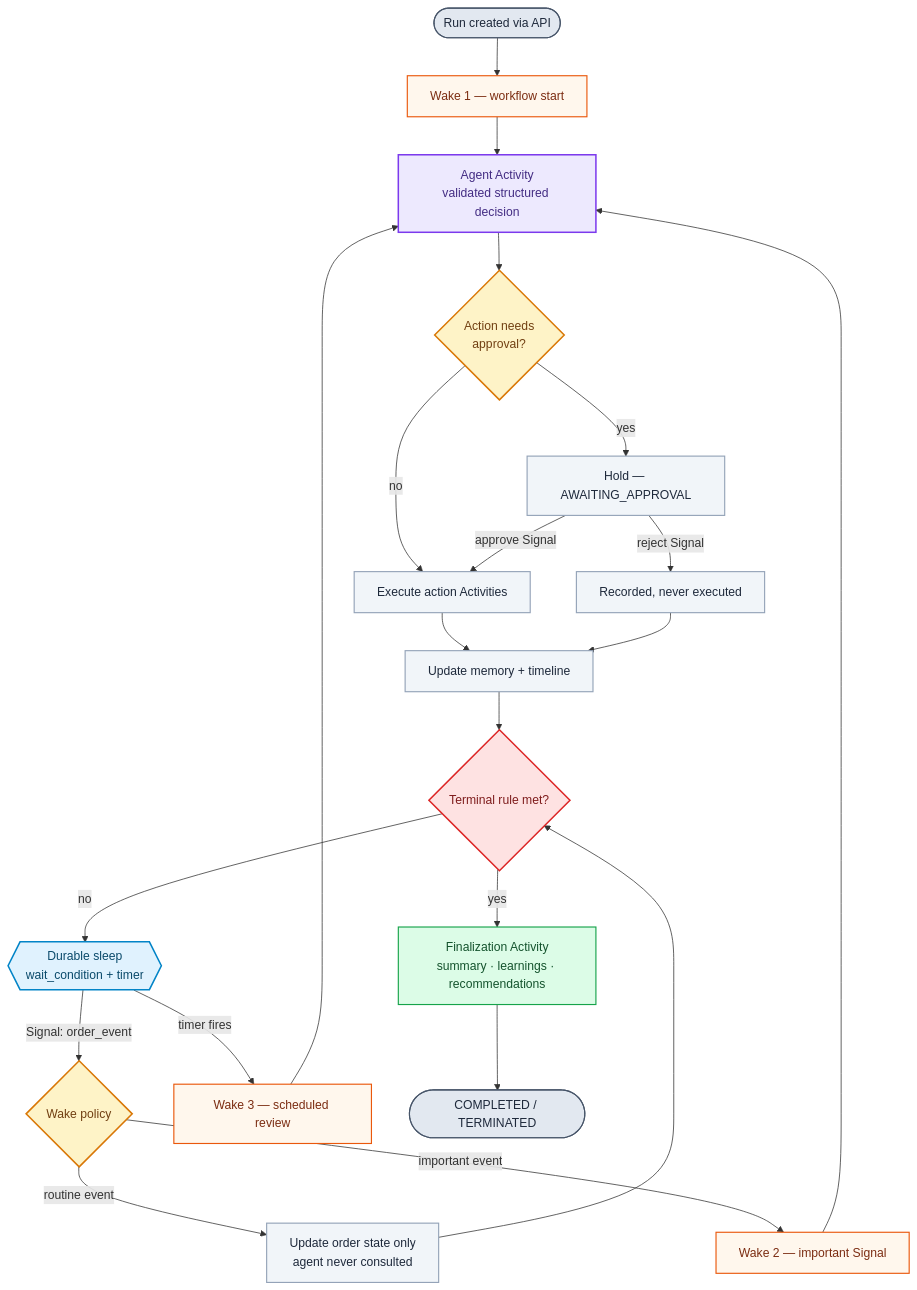
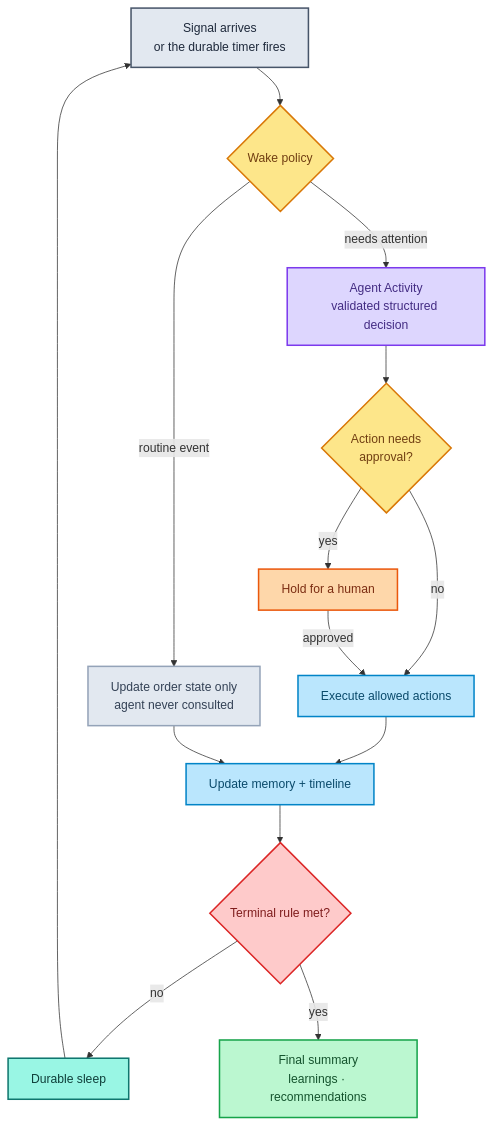
The second of 3 diagrams in README.md (Gupta2708/OrderPilot), drawn with Mermaid before and after one commit. The commit also changed other lines of this file and 5 other files, not shown here.

````diff
--- a/README.md
+++ b/README.md
@@ -133,47 +95,40 @@
 ```mermaid
 flowchart TD
-    START(["Run created via API"]) --> W1["Wake 1 — workflow start"]
-    W1 --> DECIDE
+    IN["Signal arrives<br/>or the durable timer fires"] --> POLICY{"Wake policy"}
 
-    SLEEP{{"Durable sleep<br/>wait_condition + timer"}}
-    SLEEP -->|"Signal: order_event"| POLICY
-    SLEEP -->|"timer fires"| W3["Wake 3 — scheduled review"]
-    W3 --> DECIDE
+    POLICY -->|"routine event"| SKIP["Update order state only<br/>agent never consulted"]
+    POLICY -->|"needs attention"| AGENT["Agent Activity<br/>validated structured decision"]
 
-    POLICY{"Wake policy"}
-    POLICY -->|"routine event"| STATE["Update order state only<br/>agent never consulted"]
-    STATE --> TERM
-    POLICY -->|"important event"| W2["Wake 2 — important Signal"]
-    W2 --> DECIDE
+    AGENT --> GATE{"Action needs<br/>approval?"}
+    GATE -->|"no"| RUN["Execute allowed actions"]
+    GATE -->|"yes"| HOLD["Hold for a human"]
+    HOLD -->|"approved"| RUN
 
-    DECIDE["Agent Activity<br/>validated structured decision"]
-    DECIDE --> GATE{"Action needs<br/>approval?"}
-    GATE -->|"no"| RUN["Execute action Activities"]
-    GATE -->|"yes"| HOLD["Hold — AWAITING_APPROVAL"]
-    HOLD -->|"approve Signal"| RUN
-    HOLD -->|"reject Signal"| DROPPED["Recorded, never executed"]
-    RUN --> MEM["Update memory + timeline"]
-    DROPPED --> MEM
-    MEM --> TERM{"Terminal rule met?"}
-    TERM -->|"no"| SLEEP
-    TERM -->|"yes"| FINAL["Finalization Activity<br/>summary · learnings · recommendations"]
-    FINAL --> DONE(["COMPLETED / TERMINATED"])
+    RUN --> REC["Update memory + timeline"]
+    SKIP --> REC
+    REC --> TERM{"Terminal rule met?"}
 
-    classDef wake fill:#fff7ed,stroke:#ea580c,color:#7c2d12,stroke-width:1.5px
-    classDef decide fill:#ede9fe,stroke:#7c3aed,color:#432c83,stroke-width:2px
-    classDef branch fill:#fef3c7,stroke:#d97706,color:#713f12,stroke-width:2px
-    classDef terminal fill:#fee2e2,stroke:#dc2626,color:#7f1d1d,stroke-width:2px
-    classDef sleep fill:#e0f2fe,stroke:#0284c7,color:#0a4a6b,stroke-width:2px
-    classDef step fill:#f1f5f9,stroke:#94a3b8,color:#1e293b,stroke-width:1.5px
-    classDef good fill:#dcfce7,stroke:#16a34a,color:#14532d,stroke-width:1.5px
-    classDef endpoint fill:#e2e8f0,stroke:#475569,color:#1e293b,stroke-width:1.5px
+    TERM -->|"no"| SLEEP["Durable sleep"]
+    SLEEP --> IN
+    TERM -->|"yes"| FINAL["Final summary<br/>learnings · recommendations"]
 
-    class W1,W2,W3 wake
-    class DECIDE decide
+    classDef entry fill:#e2e8f0,stroke:#475569,color:#1e293b,stroke-width:2px
+    classDef branch fill:#fde68a,stroke:#d97706,color:#713f12,stroke-width:2px
+    classDef ai fill:#ddd6fe,stroke:#7c3aed,color:#432c83,stroke-width:2px
+    classDef quiet fill:#e2e8f0,stroke:#94a3b8,color:#334155,stroke-width:2px
+    classDef act fill:#bae6fd,stroke:#0284c7,color:#0a4a6b,stroke-width:2px
+    classDef hold fill:#fed7aa,stroke:#ea580c,color:#7c2d12,stroke-width:2px
+    classDef sleep fill:#99f6e4,stroke:#0f766e,color:#0f3f3a,stroke-width:2px
+    classDef done fill:#bbf7d0,stroke:#16a34a,color:#14532d,stroke-width:2px
+    classDef rule fill:#fecaca,stroke:#dc2626,color:#7f1d1d,stroke-width:2px
+
+    class IN entry
     class POLICY,GATE branch
-    class TERM terminal
+    class AGENT ai
+    class SKIP quiet
+    class RUN,REC act
+    class HOLD hold
     class SLEEP sleep
-    class STATE,RUN,HOLD,DROPPED,MEM step
-    class FINAL good
-    class START,DONE endpoint
+    class TERM rule
+    class FINAL done
 ```
````
